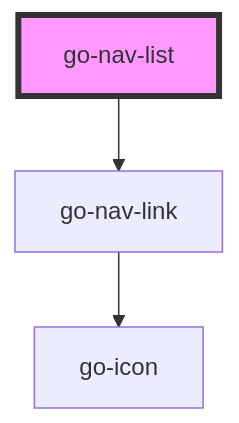
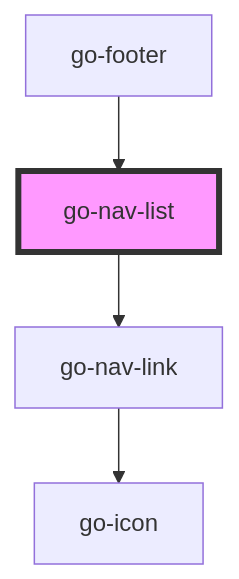
One commit to getgoui/go-ui changed the diagram in src/components/go-nav-list/readme.md. Above: the diagram before and after it, drawn with Mermaid. The commit also changed other lines of this file and 10 other files, not shown here.

````diff
--- a/src/components/go-nav-list/readme.md
+++ b/src/components/go-nav-list/readme.md
@@ -23,6 +27,7 @@
 ```mermaid
 graph TD;
   go-nav-list --> go-nav-link
   go-nav-link --> go-icon
+  go-footer --> go-nav-list
   style go-nav-list fill:#f9f,stroke:#333,stroke-width:4px
 ```
````
